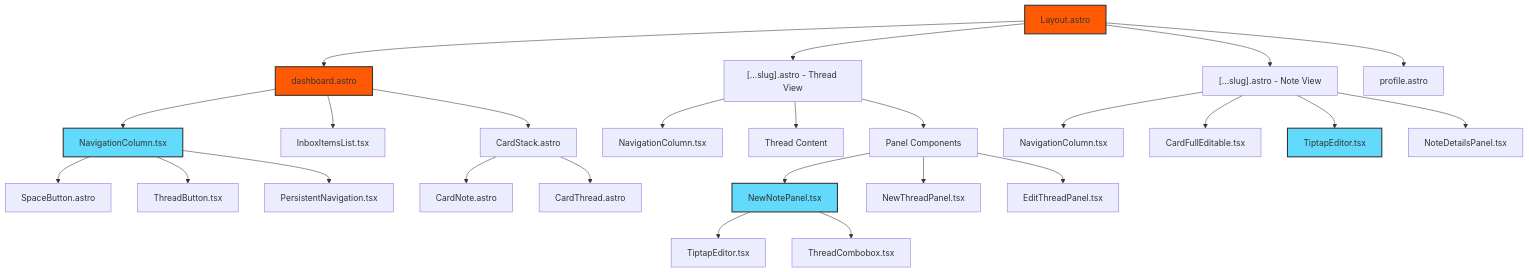
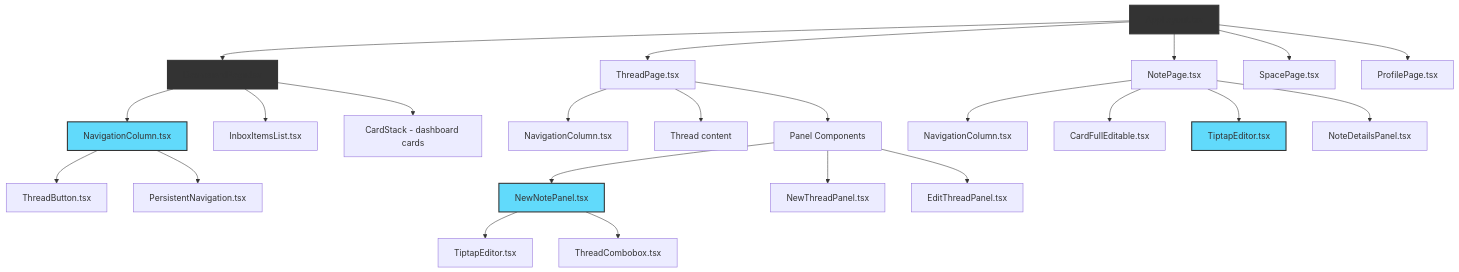
The first of 2 diagrams in docs/COMPONENTS.md (harvouscom/harvous), drawn with Mermaid before and after one commit. The commit also changed other lines of this file and 7 other files, not shown here.

````diff
--- a/docs/COMPONENTS.md
+++ b/docs/COMPONENTS.md
@@ -7,40 +7,37 @@
 ```mermaid
 graph TD
-    Layout[Layout.astro] --> Dashboard[dashboard.astro]
-    Layout --> ThreadPage["[...slug].astro - Thread View"]
-    Layout --> NotePage["[...slug].astro - Note View"]
-    Layout --> Profile[profile.astro]
+    AppLayout[AppLayout.tsx] --> Dashboard[DashboardPage.tsx]
+    AppLayout --> ThreadPage[ThreadPage.tsx]
+    AppLayout --> NotePage[NotePage.tsx]
+    AppLayout --> SpacePage[SpacePage.tsx]
+    AppLayout --> Profile[ProfilePage.tsx]
 
     Dashboard --> Nav[NavigationColumn.tsx]
     Dashboard --> InboxList[InboxItemsList.tsx]
-    Dashboard --> CardStack[CardStack.astro]
+    Dashboard --> CardStack[CardStack - dashboard cards]
 
     ThreadPage --> Nav2[NavigationColumn.tsx]
-    ThreadPage --> ThreadView[Thread Content]
+    ThreadPage --> ThreadView[Thread content]
     ThreadPage --> Panels[Panel Components]
 
     NotePage --> Nav3[NavigationColumn.tsx]
     NotePage --> CardFull[CardFullEditable.tsx]
     NotePage --> Editor[TiptapEditor.tsx]
     NotePage --> DetailPanel[NoteDetailsPanel.tsx]
 
     Panels --> NewNote[NewNotePanel.tsx]
     Panels --> NewThread[NewThreadPanel.tsx]
     Panels --> EditThread[EditThreadPanel.tsx]
 
-    Nav --> SpaceButtons[SpaceButton.astro]
     Nav --> ThreadButtons[ThreadButton.tsx]
     Nav --> PersistentNav[PersistentNavigation.tsx]
-
-    CardStack --> CardNote[CardNote.astro]
-    CardStack --> CardThread[CardThread.astro]
 
     NewNote --> Editor2[TiptapEditor.tsx]
     NewNote --> ThreadCombo[ThreadCombobox.tsx]
 
-    style Layout fill:#ff5a03,stroke:#333,stroke-width:2px
-    style Dashboard fill:#ff5a03,stroke:#333,stroke-width:2px
+    style AppLayout fill:#333,stroke:#333,stroke-width:2px
+    style Dashboard fill:#333,stroke:#333,stroke-width:2px
     style Nav fill:#61dafb,stroke:#333,stroke-width:2px
     style Editor fill:#61dafb,stroke:#333,stroke-width:2px
     style NewNote fill:#61dafb,stroke:#333,stroke-width:2px
 ```
````
